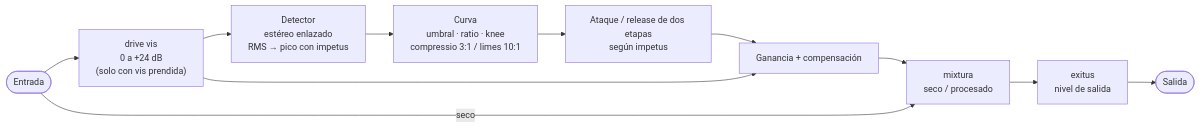
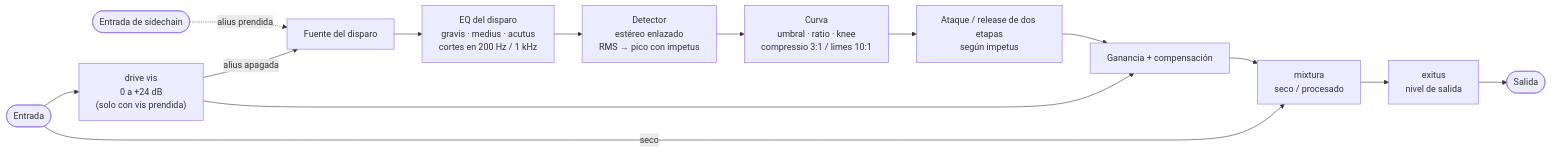
One commit to andesipa/pressura changed the diagram in README.es.md. Above: the diagram before and after it, drawn with Mermaid. The commit also changed other lines of this file and 10 other files, not shown here.

````diff
--- a/README.es.md
+++ b/README.es.md
@@ -93,12 +120,15 @@
 ```mermaid
 flowchart LR
     IN([Entrada]) --> DRV["drive vis<br/>0 a +24 dB<br/>(solo con vis prendida)"]
-    DRV --> DET["Detector<br/>estéreo enlazado<br/>RMS → pico con impetus"]
+    SC([Entrada de sidechain]) -. alius prendida .-> SRC
+    DRV -- alius apagada --> SRC["Fuente del disparo"]
+    SRC --> EQ["EQ del disparo<br/>gravis · medius · acutus<br/>cortes en 200 Hz / 1 kHz"]
+    EQ --> DET["Detector<br/>estéreo enlazado<br/>RMS → pico con impetus"]
     DET --> GC["Curva<br/>umbral · ratio · knee<br/>compressio 3:1 / limes 10:1"]
     GC --> REL["Ataque / release de dos etapas<br/>según impetus"]
     REL --> VCA["Ganancia + compensación"]
     DRV --> VCA
     VCA --> MIX["mixtura<br/>seco / procesado"]
     IN -- seco --> MIX
     MIX --> OUT["exitus<br/>nivel de salida"] --> O([Salida])
 ```
````
